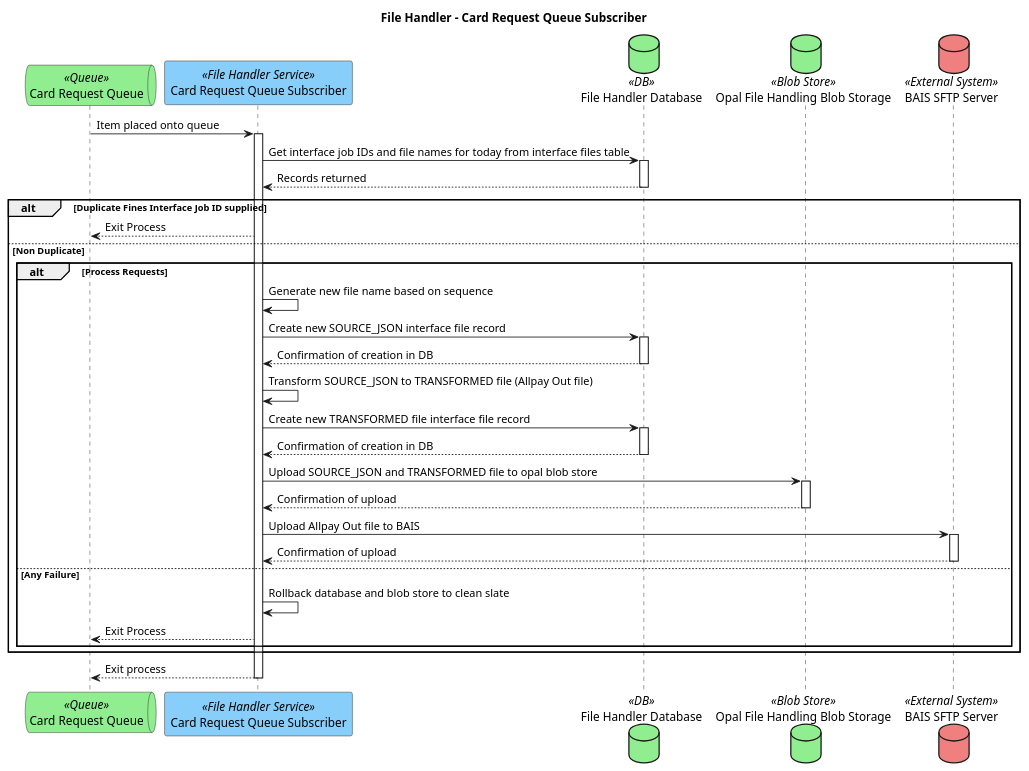
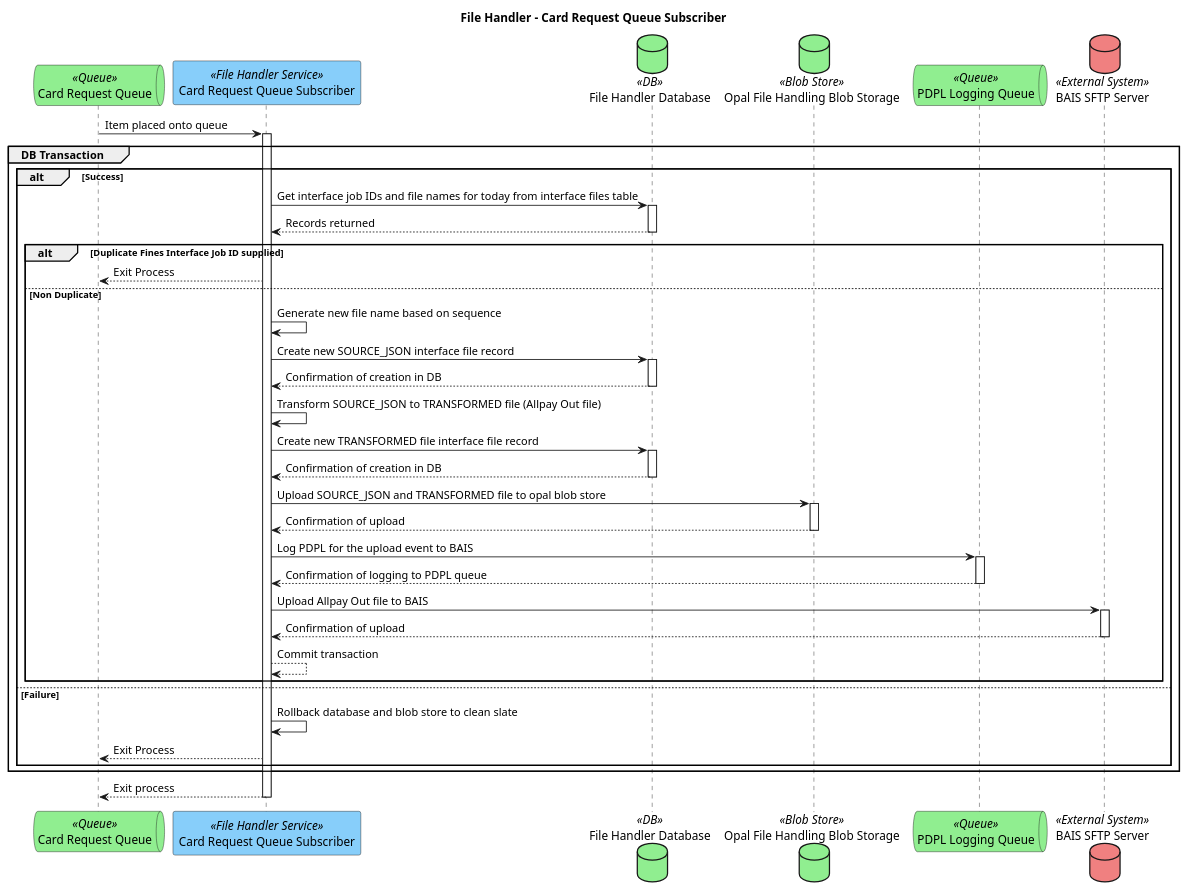
The diagram in plantUML/external-interfaces/ei7-file-handler-queue-subscriber.puml (hmcts/opal-docs), drawn with PlantUML before and after one commit. The commit also changed 1 other file, not shown here.

Commit message:
Changing from GROUP to ALT and including PDPL

```diff
--- a/plantUML/external-interfaces/ei7-file-handler-queue-subscriber.puml
+++ b/plantUML/external-interfaces/ei7-file-handler-queue-subscriber.puml
@@ -1,32 +1,38 @@
 @startuml
 title "File Handler - Card Request Queue Subscriber"
 queue "Card Request Queue" as cardRequestQueue <<Queue>> #lightgreen
 participant "Card Request Queue Subscriber" as fileHandlerService <<File Handler Service>> #LightSkyBlue
 database "File Handler Database" as fileHandlerDb <<DB>> #LightGreen
 database "Opal File Handling Blob Storage" as fileHandlingBlobStorage <<Blob Store>> #LightGreen
+queue "PDPL Logging Queue" as pdplQueue <<Queue>> #lightgreen
 database "BAIS SFTP Server" as baisSftpServer <<External System>> #LightCoral
 
 cardRequestQueue -> fileHandlerService ++ : Item placed onto queue
-fileHandlerService -> fileHandlerDb ++ : Get interface job IDs and file names for today from interface files table
-fileHandlerDb --> fileHandlerService -- : Records returned
-alt Duplicate Fines Interface Job ID supplied
-    fileHandlerService --> cardRequestQueue : Exit Process
-else Non Duplicate
-    alt Process Requests
-        fileHandlerService -> fileHandlerService : Generate new file name based on sequence
-        fileHandlerService -> fileHandlerDb ++ : Create new SOURCE_JSON interface file record
-        fileHandlerDb --> fileHandlerService -- : Confirmation of creation in DB
-        fileHandlerService -> fileHandlerService : Transform SOURCE_JSON to TRANSFORMED file (Allpay Out file)
-        fileHandlerService -> fileHandlerDb ++ : Create new TRANSFORMED file interface file record
-        fileHandlerDb --> fileHandlerService -- : Confirmation of creation in DB
-        fileHandlerService -> fileHandlingBlobStorage ++ : Upload SOURCE_JSON and TRANSFORMED file to opal blob store
-        fileHandlingBlobStorage --> fileHandlerService -- : Confirmation of upload
-        fileHandlerService -> baisSftpServer ++ : Upload Allpay Out file to BAIS
-        baisSftpServer --> fileHandlerService -- : Confirmation of upload
-    else Any Failure
+group DB Transaction
+    alt Success
+        fileHandlerService -> fileHandlerDb ++ : Get interface job IDs and file names for today from interface files table
+        fileHandlerDb --> fileHandlerService -- : Records returned
+        alt Duplicate Fines Interface Job ID supplied
+            fileHandlerService --> cardRequestQueue : Exit Process
+        else Non Duplicate
+            fileHandlerService -> fileHandlerService : Generate new file name based on sequence
+            fileHandlerService -> fileHandlerDb ++ : Create new SOURCE_JSON interface file record
+            fileHandlerDb --> fileHandlerService -- : Confirmation of creation in DB
+            fileHandlerService -> fileHandlerService : Transform SOURCE_JSON to TRANSFORMED file (Allpay Out file)
+            fileHandlerService -> fileHandlerDb ++ : Create new TRANSFORMED file interface file record
+            fileHandlerDb --> fileHandlerService -- : Confirmation of creation in DB
+            fileHandlerService -> fileHandlingBlobStorage ++ : Upload SOURCE_JSON and TRANSFORMED file to opal blob store
+            fileHandlingBlobStorage --> fileHandlerService -- : Confirmation of upload
+            fileHandlerService -> pdplQueue ++ : Log PDPL for the upload event to BAIS
+            pdplQueue --> fileHandlerService -- : Confirmation of logging to PDPL queue
+            fileHandlerService -> baisSftpServer ++ : Upload Allpay Out file to BAIS
+            baisSftpServer --> fileHandlerService -- : Confirmation of upload
+            fileHandlerService --> fileHandlerService : Commit transaction
+        end
+    else Failure
         fileHandlerService -> fileHandlerService : Rollback database and blob store to clean slate
         fileHandlerService --> cardRequestQueue : Exit Process
     end
 end
 fileHandlerService --> cardRequestQueue -- : Exit process
 @enduml
```
